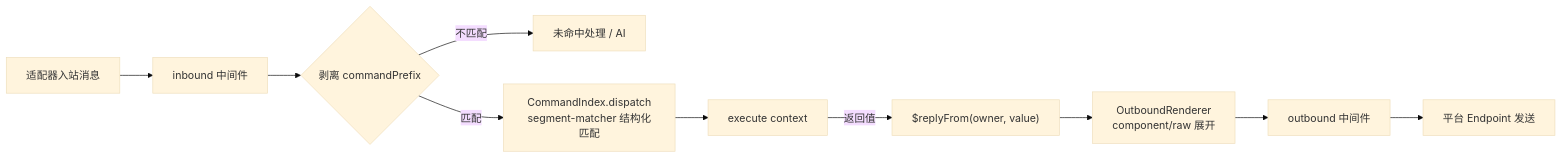
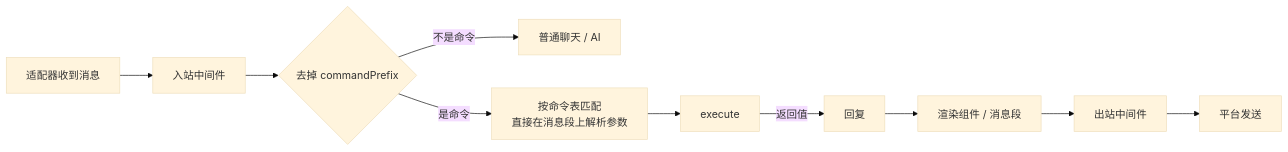
The diagram in docs/authoring/commands.md (zhinjs/zhin), drawn with Mermaid (base theme) before and after one commit. The commit also changed other lines of this file and 65 other files, not shown here.

````diff
--- a/docs/authoring/commands.md
+++ b/docs/authoring/commands.md
@@ -179,12 +371,12 @@
 ```mermaid
 flowchart LR
-    A[适配器入站消息] --> B[inbound 中间件]
-    B --> C{剥离 commandPrefix}
-    C -->|不匹配| D[未命中处理 / AI]
-    C -->|匹配| E[CommandIndex.dispatch<br/>segment-matcher 结构化匹配]
-    E --> F[execute context]
-    F -->|返回值| G["$replyFrom(owner, value)"]
-    G --> H[OutboundRenderer<br/>component/raw 展开]
-    H --> I[outbound 中间件]
-    I --> J[平台 Endpoint 发送]
+    A[适配器收到消息] --> B[入站中间件]
+    B --> C{去掉 commandPrefix}
+    C -->|不是命令| D[普通聊天 / AI]
+    C -->|是命令| E[按命令表匹配<br/>直接在消息段上解析参数]
+    E --> F[execute]
+    F -->|返回值| G[回复]
+    G --> H[渲染组件 / 消息段]
+    H --> I[出站中间件]
+    I --> J[平台发送]
 ```
````
